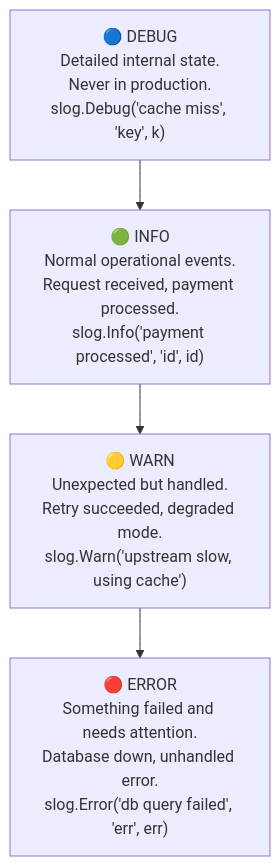
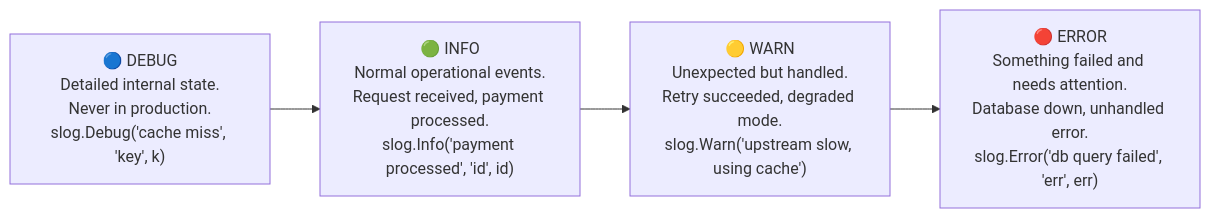
The fourth of 8 diagrams in internal/fundamentals/security-and-observability/03-structured-logging-slog.md (romangurevitch/GoTraining), drawn with Mermaid before and after one commit. The commit also changed other lines of this file and 20 other files, not shown here.

````diff
--- a/internal/fundamentals/security-and-observability/03-structured-logging-slog.md
+++ b/internal/fundamentals/security-and-observability/03-structured-logging-slog.md
@@ -82,9 +89,9 @@
 ```mermaid
-graph TB
+graph LR
     DEBUG["🔵 DEBUG<br/>Detailed internal state.<br/>Never in production.<br/>slog.Debug('cache miss', 'key', k)"]
     INFO["🟢 INFO<br/>Normal operational events.<br/>Request received, payment processed.<br/>slog.Info('payment processed', 'id', id)"]
     WARN["🟡 WARN<br/>Unexpected but handled.<br/>Retry succeeded, degraded mode.<br/>slog.Warn('upstream slow, using cache')"]
     ERROR["🔴 ERROR<br/>Something failed and needs attention.<br/>Database down, unhandled error.<br/>slog.Error('db query failed', 'err', err)"]
 
     DEBUG --> INFO --> WARN --> ERROR
 ```
````
